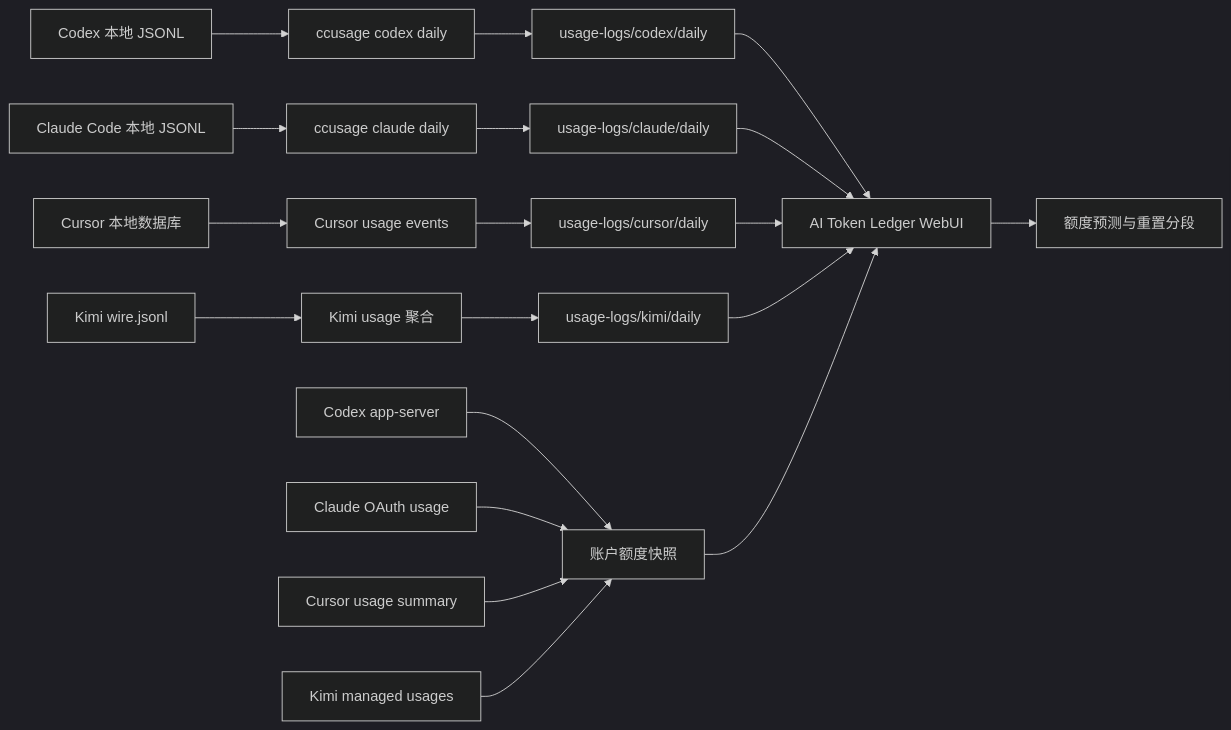
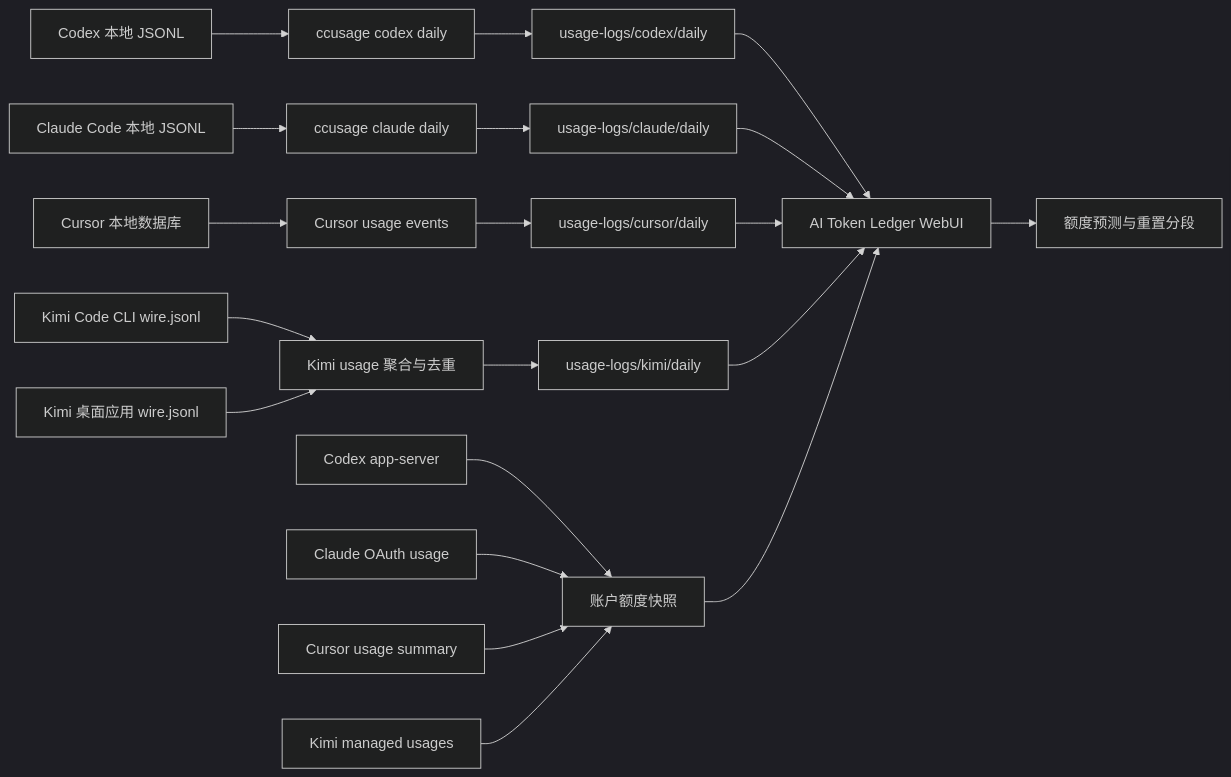
Before and after one commit to Flowfangfei/codex_token_visualization: the diagram in README.md, drawn with Mermaid (dark theme). The commit also changed other lines of this file and 3 other files, not shown here.

Commit message:
Add Kimi desktop usage ingestion

````diff
--- a/README.md
+++ b/README.md
@@ -113,21 +113,22 @@
 ```mermaid
 flowchart LR
   A[Codex 本地 JSONL] --> B[ccusage codex daily]
   C[Claude Code 本地 JSONL] --> D[ccusage claude daily]
   E[Cursor 本地数据库] --> F[Cursor usage events]
-  P[Kimi wire.jsonl] --> Q[Kimi usage 聚合]
+  P[Kimi Code CLI wire.jsonl] --> Q[Kimi usage 聚合与去重]
+  T[Kimi 桌面应用 wire.jsonl] --> Q
   B --> G[usage-logs/codex/daily]
   D --> H[usage-logs/claude/daily]
   F --> I[usage-logs/cursor/daily]
   Q --> R[usage-logs/kimi/daily]
   G --> J[AI Token Ledger WebUI]
   H --> J
   I --> J
   R --> J
   K[Codex app-server] --> L[账户额度快照]
   M[Claude OAuth usage] --> L
   N[Cursor usage summary] --> L
   S[Kimi managed usages] --> L
   L --> J
   J --> O[额度预测与重置分段]
 ```
````
